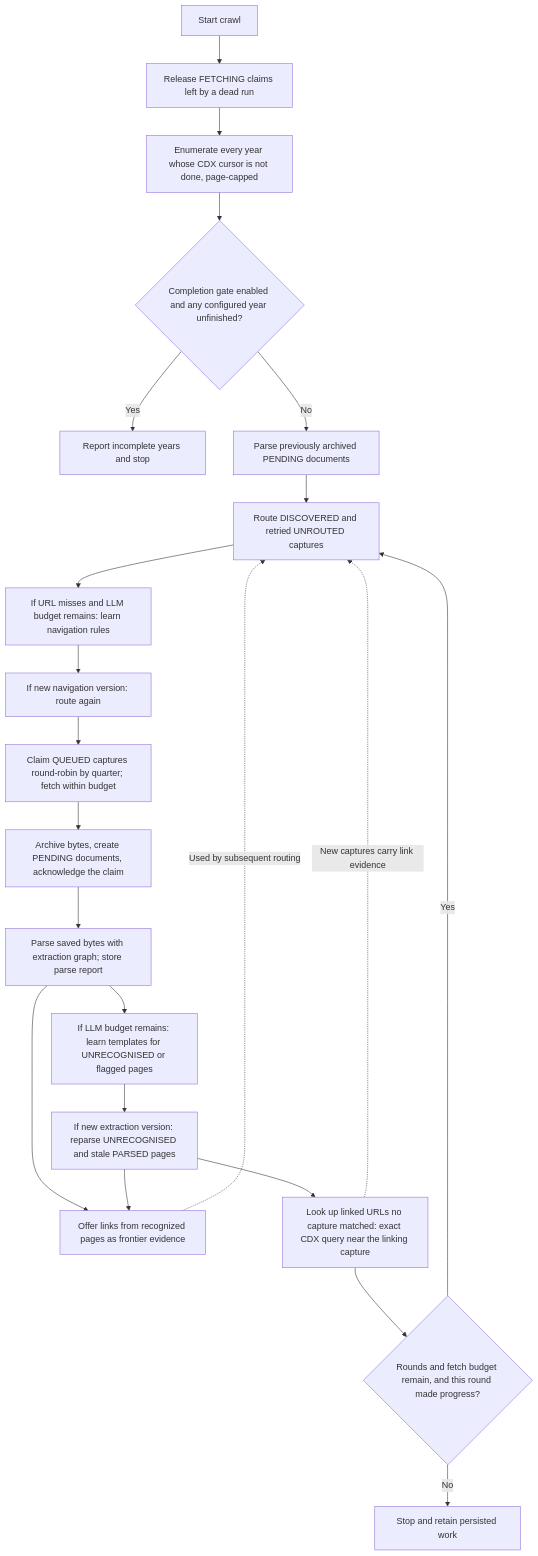
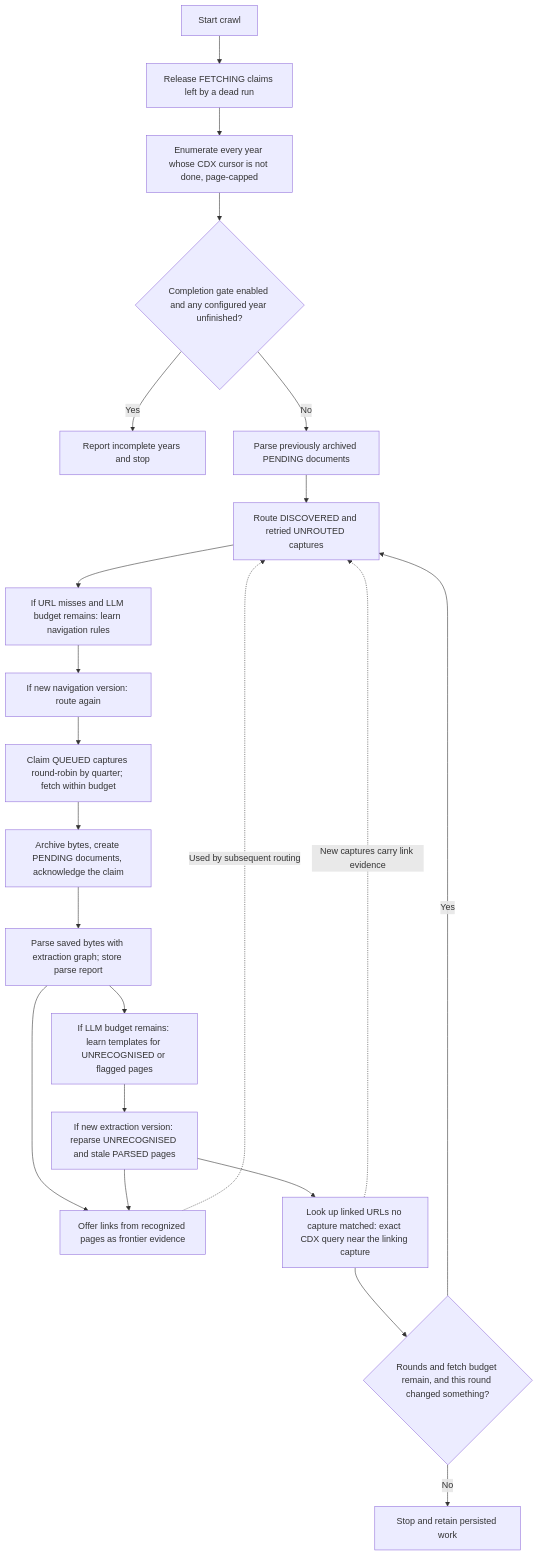
One commit to fakhrytatanaki/realestate-analysis changed the first of 5 diagrams in docs/wayback-crawler-state-machine.md. Above: the diagram before and after it, drawn with Mermaid. The commit also changed other lines of this file and 30 other files, not shown here.

````diff
--- a/docs/wayback-crawler-state-machine.md
+++ b/docs/wayback-crawler-state-machine.md
@@ -46,24 +46,24 @@
 ```mermaid
 flowchart TD
     Start[Start crawl] --> Release[Release FETCHING claims left by a dead run]
     Release --> CDX[Enumerate every year whose CDX cursor is not done, page-capped]
     CDX --> Gate{Completion gate enabled and any configured year unfinished?}
     Gate -->|Yes| Hold[Report incomplete years and stop]
     Gate -->|No| Pending[Parse previously archived PENDING documents]
     Pending --> Route[Route DISCOVERED and retried UNROUTED captures]
     Route --> Nav[If URL misses and LLM budget remains: learn navigation rules]
     Nav --> Reroute[If new navigation version: route again]
     Reroute --> Fetch[Claim QUEUED captures round-robin by quarter; fetch within budget]
     Fetch --> Save[Archive bytes, create PENDING documents, acknowledge the claim]
     Save --> Parse[Parse saved bytes with extraction graph; store parse report]
     Parse --> Learn[If LLM budget remains: learn templates for UNRECOGNISED or flagged pages]
     Learn --> Replay[If new extraction version: reparse UNRECOGNISED and stale PARSED pages]
     Parse --> Links[Offer links from recognized pages as frontier evidence]
     Replay --> Links
     Links -.->|Used by subsequent routing| Route
     Replay --> Lookup[Look up linked URLs no capture matched: exact CDX query near the linking capture]
     Lookup -.->|New captures carry link evidence| Route
-    Lookup --> Continue{"Rounds and fetch budget remain, and this round made progress?"}
+    Lookup --> Continue{"Rounds and fetch budget remain, and this round changed something?"}
     Continue -->|Yes| Route
     Continue -->|No| Stop[Stop and retain persisted work]
 ```
````
